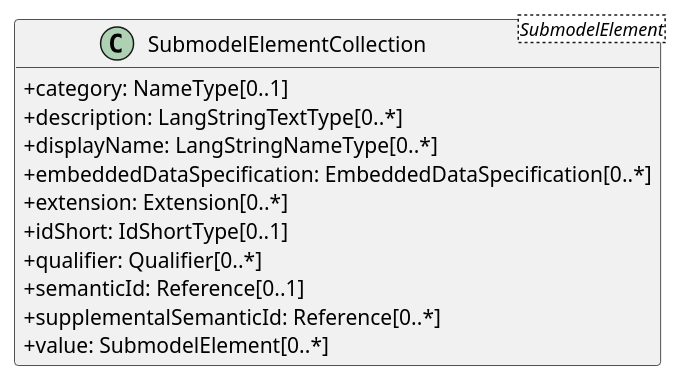
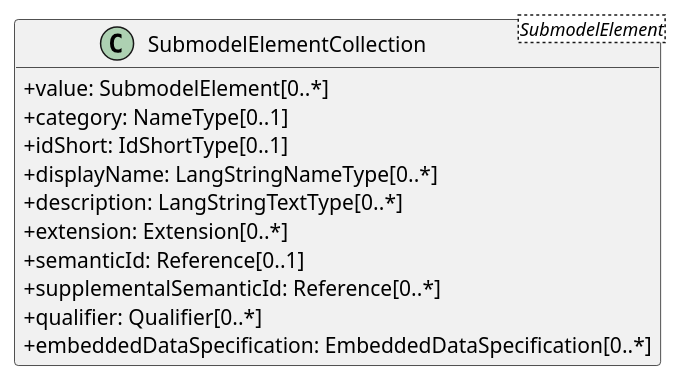
Before and after one commit to zrgt/py2puml: the diagram in output/classes/SubmodelElementCollection.puml, drawn with PlantUML. The commit also changed other lines of this file and 68 other files, not shown here.

```diff
--- a/output/classes/SubmodelElementCollection.puml
+++ b/output/classes/SubmodelElementCollection.puml
@@ -1,17 +1,17 @@
 @startuml
 skinparam classAttributeIconSize 0
 hide methods
 
 class SubmodelElementCollection<SubmodelElement> {
+  +value: SubmodelElement[0..*] 
   +category: NameType[0..1] 
+  +idShort: IdShortType[0..1] 
+  +displayName: LangStringNameType[0..*] 
   +description: LangStringTextType[0..*] 
-  +displayName: LangStringNameType[0..*] 
-  +embeddedDataSpecification: EmbeddedDataSpecification[0..*] 
   +extension: Extension[0..*] 
-  +idShort: IdShortType[0..1] 
-  +qualifier: Qualifier[0..*] 
   +semanticId: Reference[0..1] 
   +supplementalSemanticId: Reference[0..*] 
-  +value: SubmodelElement[0..*] 
+  +qualifier: Qualifier[0..*] 
+  +embeddedDataSpecification: EmbeddedDataSpecification[0..*] 
 }
 @enduml
```
